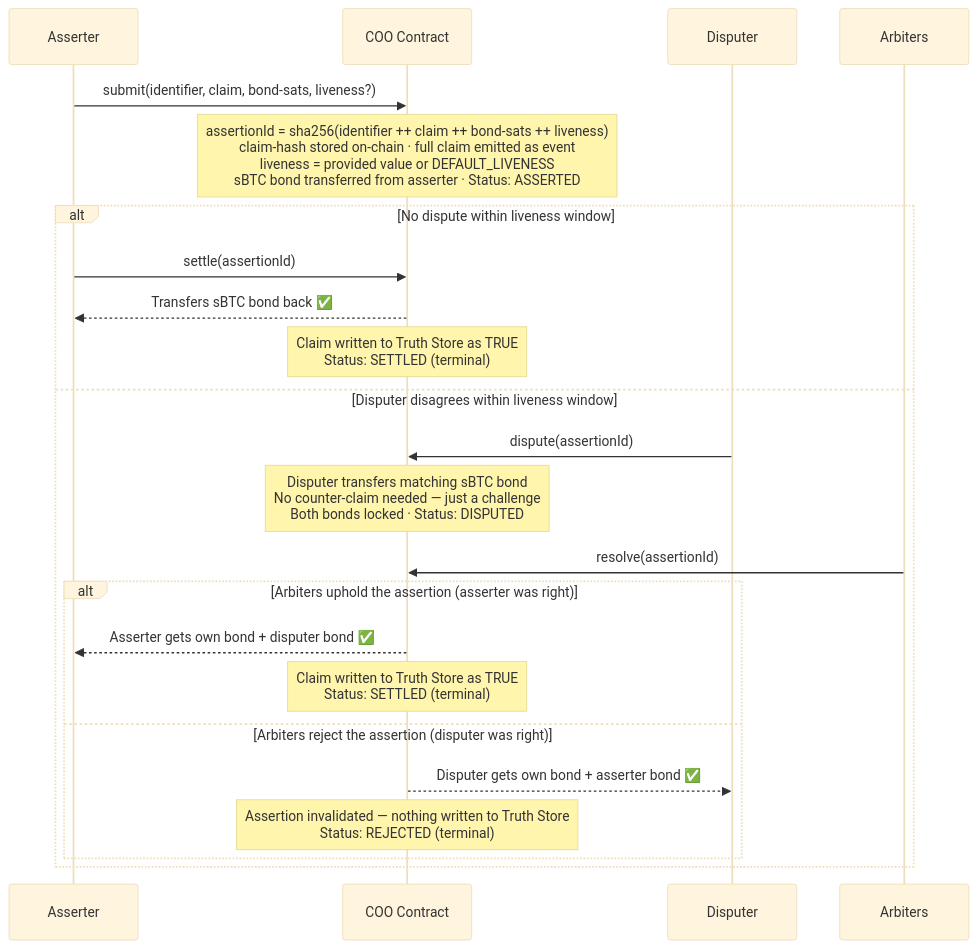
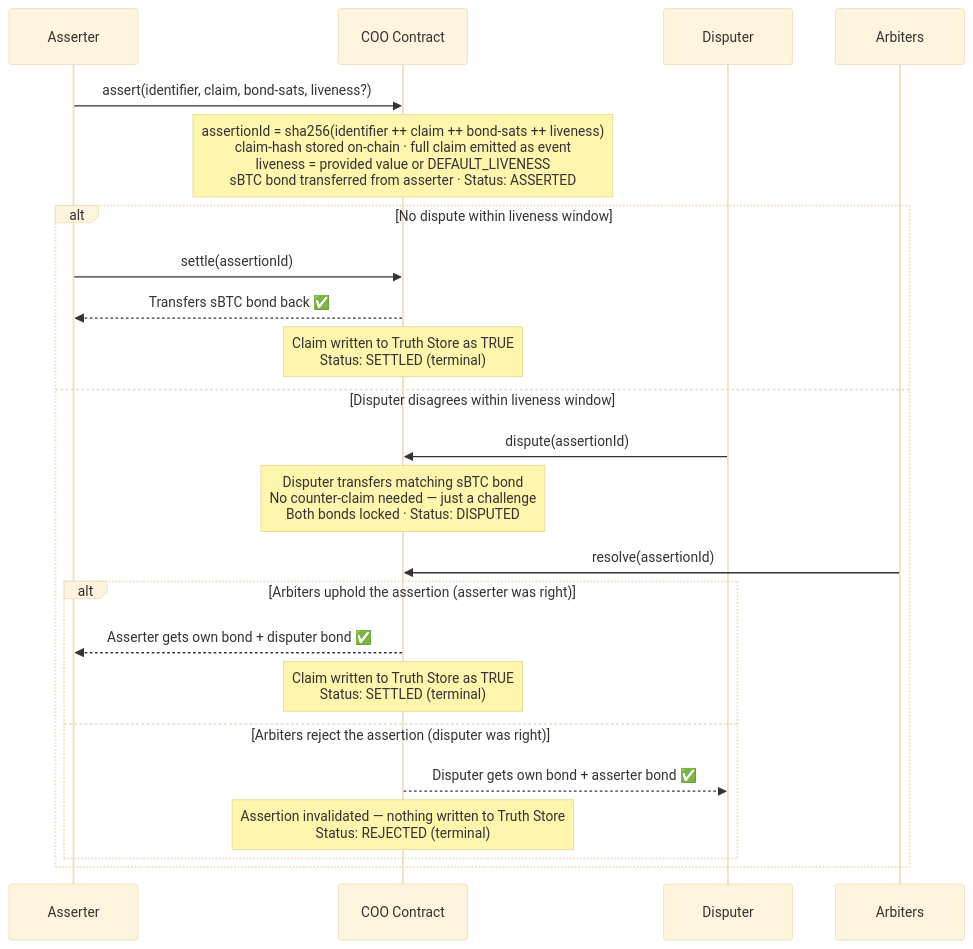
One commit to lucky-ivanius/coo changed the first of 2 diagrams in docs/ARCHITECTURE.md. Above: the diagram before and after it, drawn with Mermaid (base theme). The commit also changed 1 other file, not shown here.

Commit message:
docs: rename submit to assert

````diff
--- a/docs/ARCHITECTURE.md
+++ b/docs/ARCHITECTURE.md
@@ -50,27 +50,27 @@
 ```mermaid
 sequenceDiagram
     participant A as Asserter
     participant OO as COO Contract
     participant D as Disputer
     participant G as Arbiters
 
-    A->>OO: submit(identifier, claim, bond-sats, liveness?)
+    A->>OO: assert(identifier, claim, bond-sats, liveness?)
     Note over OO: assertionId = sha256(identifier ++ claim ++ bond-sats ++ liveness)<br/>claim-hash stored on-chain · full claim emitted as event<br/>liveness = provided value or DEFAULT_LIVENESS<br/>sBTC bond transferred from asserter · Status: ASSERTED
 
     alt No dispute within liveness window
         A->>OO: settle(assertionId)
         OO-->>A: Transfers sBTC bond back ✅
         Note over OO: Claim written to Truth Store as TRUE<br/>Status: SETTLED (terminal)
     else Disputer disagrees within liveness window
         D->>OO: dispute(assertionId)
         Note over OO: Disputer transfers matching sBTC bond<br/>No counter-claim needed — just a challenge<br/>Both bonds locked · Status: DISPUTED
         G->>OO: resolve(assertionId)
         alt Arbiters uphold the assertion (asserter was right)
             OO-->>A: Asserter gets own bond + disputer bond ✅
             Note over OO: Claim written to Truth Store as TRUE<br/>Status: SETTLED (terminal)
         else Arbiters reject the assertion (disputer was right)
             OO-->>D: Disputer gets own bond + asserter bond ✅
             Note over OO: Assertion invalidated — nothing written to Truth Store<br/>Status: REJECTED (terminal)
         end
     end
 ```
````
